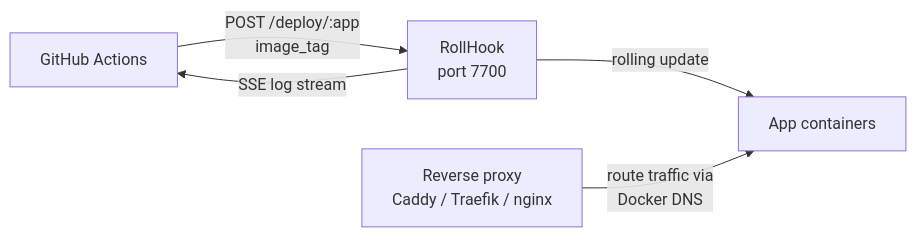
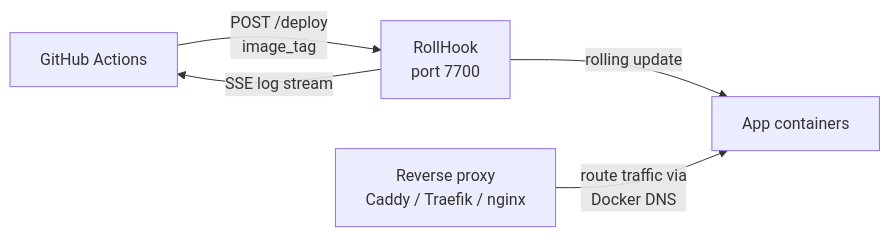
One commit to jkrumm/rollhook changed the diagram in README.md. Above: the diagram before and after it, drawn with Mermaid. The commit also changed other lines of this file and 1 other file, not shown here.

````diff
--- a/README.md
+++ b/README.md
@@ -34,12 +34,12 @@
 ```mermaid
 flowchart LR
     GH[GitHub Actions]
     SC[RollHook\nport 7700]
     PR[Reverse proxy\nCaddy / Traefik / nginx]
     APP[App containers]
 
-    GH -->|POST /deploy/:app\nimage_tag| SC
+    GH -->|POST /deploy\nimage_tag| SC
     SC -->|rolling update| APP
     PR -->|route traffic via\nDocker DNS| APP
     SC -->|SSE log stream| GH
 ```
````
